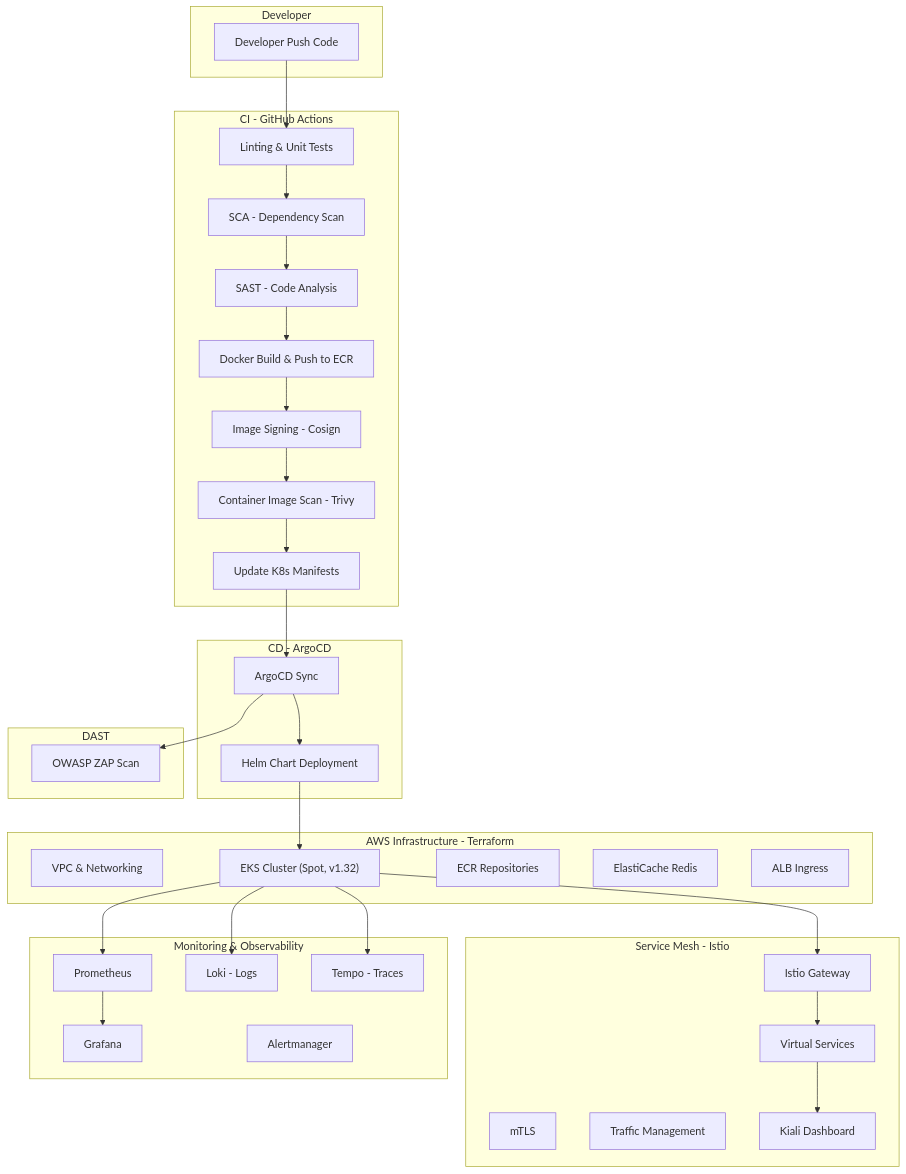
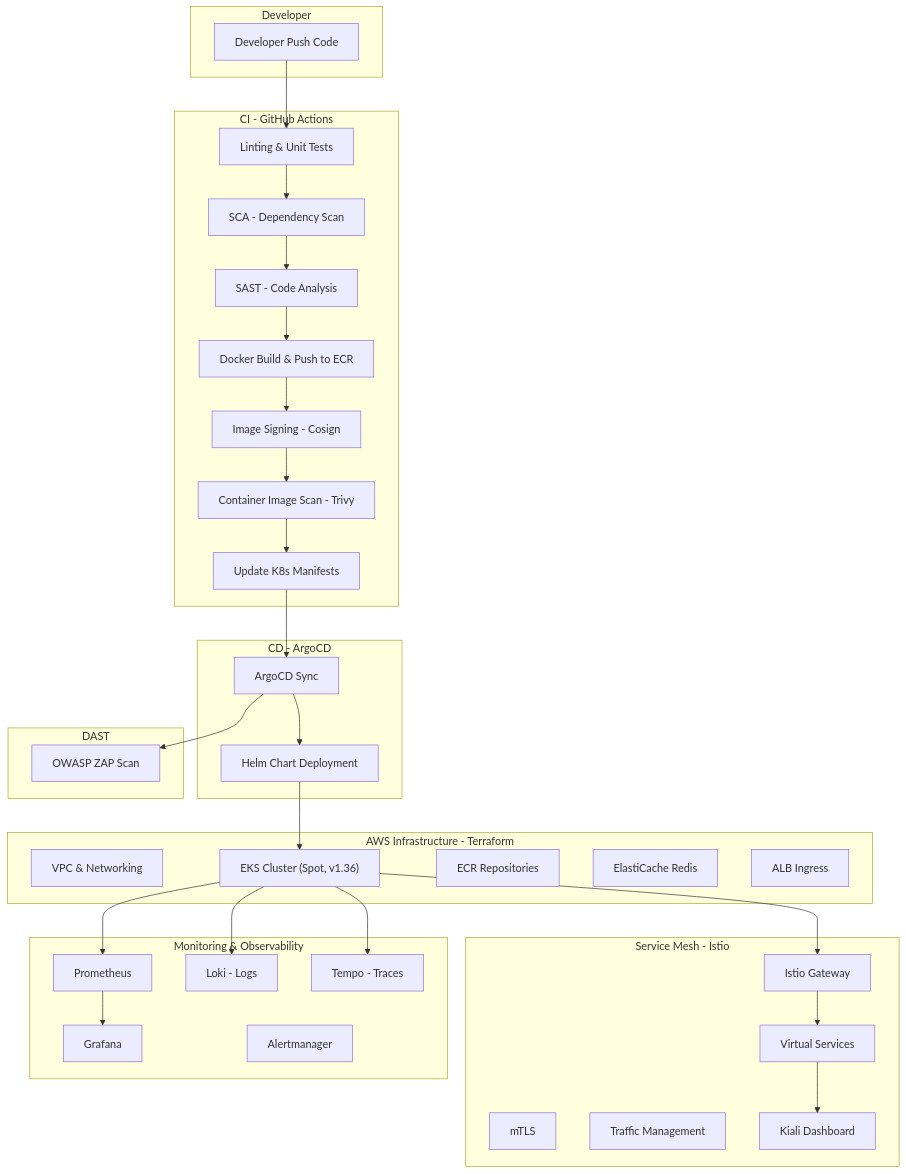
Before and after one commit to online-boutique-application-demo/online-boutique-app: the first of 7 diagrams in devops/plan.md, drawn with Mermaid. The commit also changed other lines of this file and 3 other files, not shown here.

First line of the commit message:
docs(devops): sync plan, architecture and stage-1 docs with audit fixes

````diff
--- a/devops/plan.md
+++ b/devops/plan.md
@@ -43,60 +43,60 @@
 ```mermaid
 graph TB
     subgraph "Developer"
         DEV[Developer Push Code]
     end
 
     subgraph "CI - GitHub Actions"
         LINT[Linting & Unit Tests]
         SCA[SCA - Dependency Scan]
         SAST[SAST - Code Analysis]
         BUILD[Docker Build & Push to ECR]
         SIGN[Image Signing - Cosign]
         SCAN[Container Image Scan - Trivy]
         UPDATE[Update K8s Manifests]
     end
 
     subgraph "CD - ArgoCD"
         ARGO[ArgoCD Sync]
         HELM[Helm Chart Deployment]
     end
 
     subgraph "AWS Infrastructure - Terraform"
         VPC[VPC & Networking]
-        EKS["EKS Cluster (Spot, v1.32)"]
+        EKS["EKS Cluster (Spot, v1.36)"]
         ECR[ECR Repositories]
         REDIS[ElastiCache Redis]
         ALB[ALB Ingress]
     end
 
     subgraph "Service Mesh - Istio"
         GW[Istio Gateway]
         VS[Virtual Services]
         MTLS[mTLS]
         TRAFFIC[Traffic Management]
         KIALI[Kiali Dashboard]
     end
 
     subgraph "Monitoring & Observability"
         PROM[Prometheus]
         GRAF[Grafana]
         LOKI[Loki - Logs]
         TEMPO[Tempo - Traces]
         ALERT[Alertmanager]
     end
 
     subgraph "DAST"
         ZAP[OWASP ZAP Scan]
     end
 
     DEV --> LINT --> SCA --> SAST --> BUILD --> SIGN --> SCAN --> UPDATE
     UPDATE --> ARGO --> HELM
     HELM --> EKS
     EKS --> GW
     GW --> VS
     VS --> KIALI
     EKS --> PROM --> GRAF
     EKS --> LOKI
     EKS --> TEMPO
     ARGO --> ZAP
 ```
````
